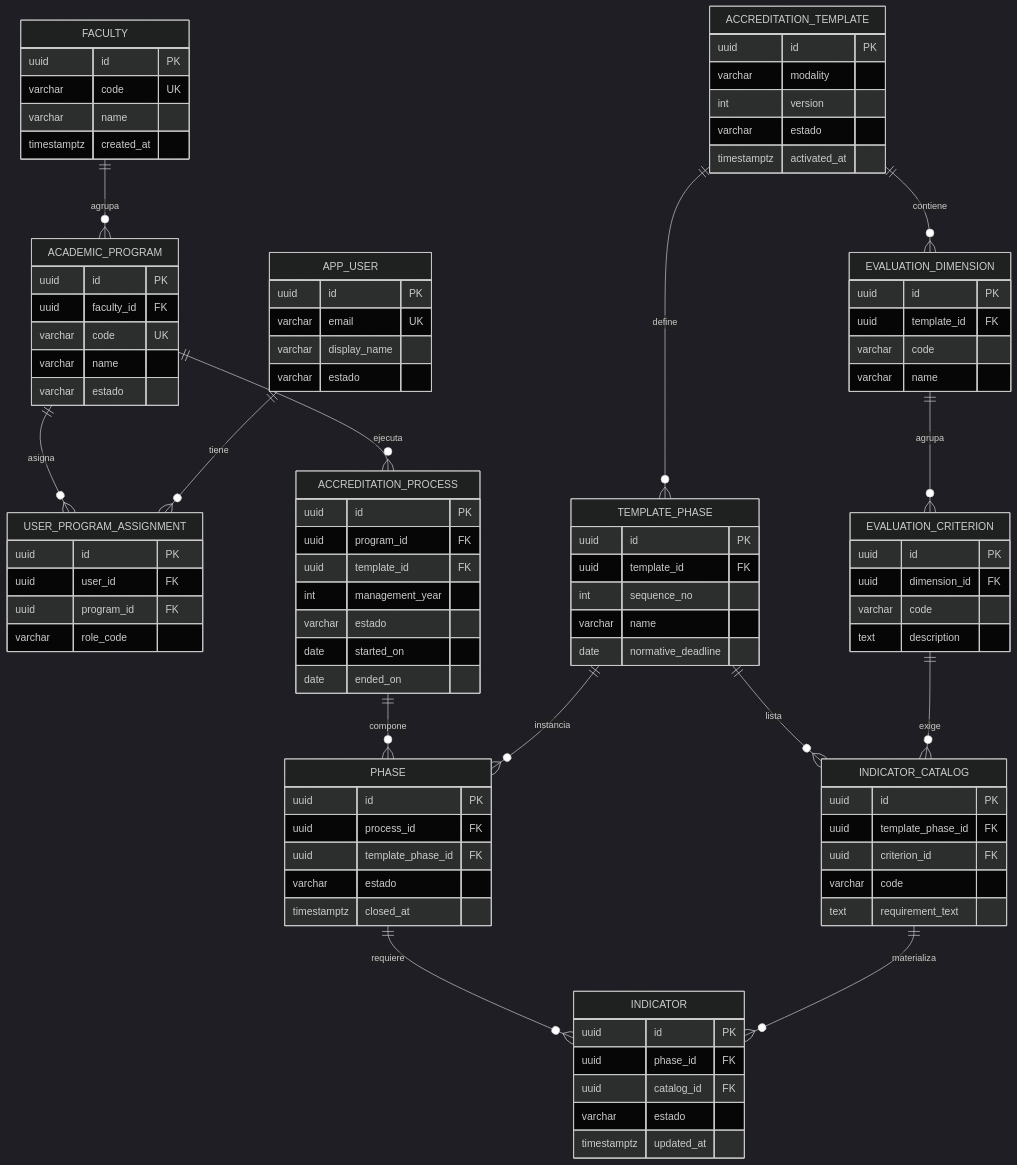
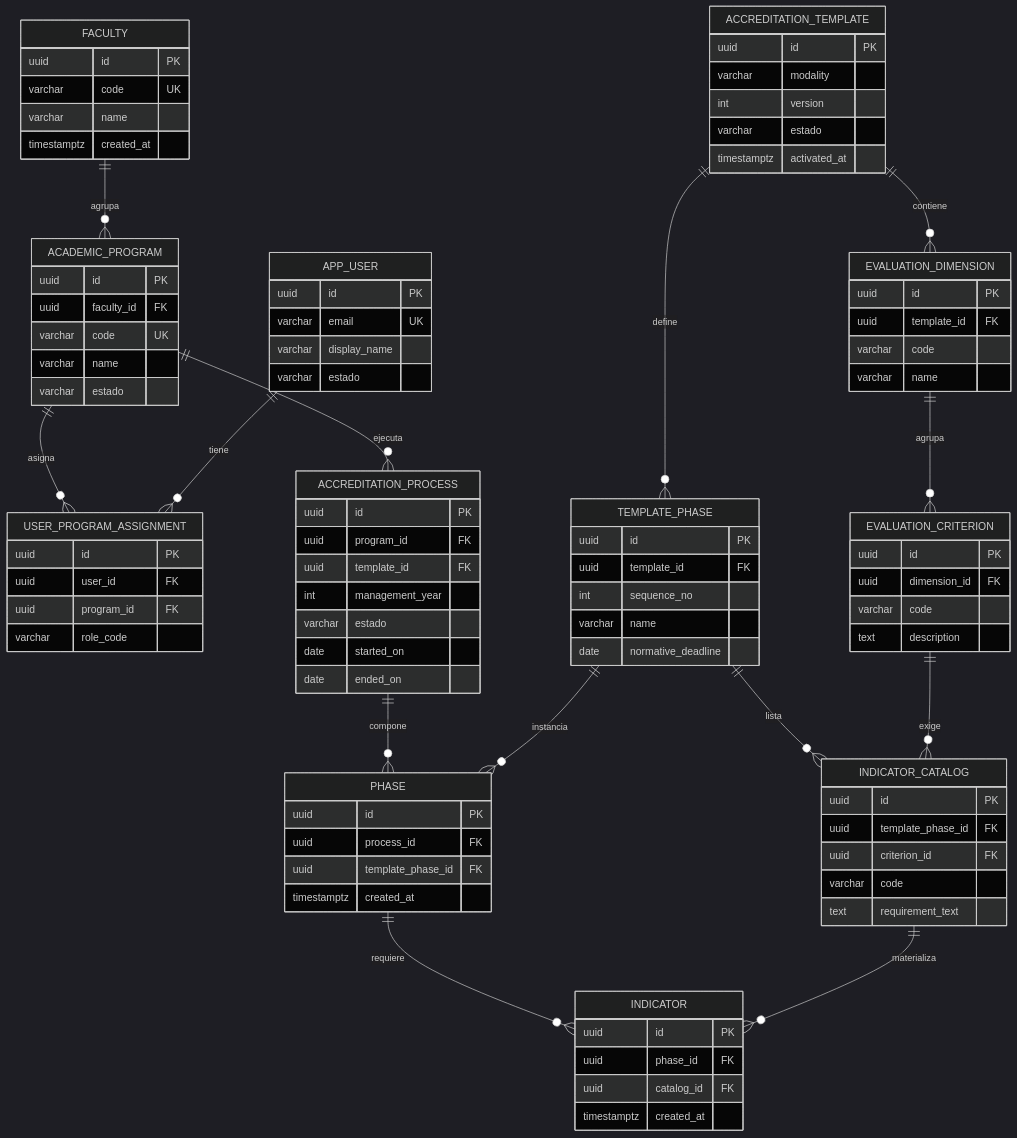
The first of 3 diagrams in docs/05_dti/modelo_datos.md (AcredIA-UMSS/sigesa-docs), drawn with Mermaid (dark theme) before and after one commit. The commit also changed other lines of this file and 40 other files, not shown here.

First line of the commit message:
docs(dti): align SIGESA cloud architecture v1

```diff
--- a/docs/05_dti/modelo_datos.md
+++ b/docs/05_dti/modelo_datos.md
@@ -163,15 +164,13 @@
     uuid id PK
     uuid process_id FK
     uuid template_phase_id FK
-    varchar estado
-    timestamptz closed_at
+    timestamptz created_at
   }
   INDICATOR {
     uuid id PK
     uuid phase_id FK
     uuid catalog_id FK
-    varchar estado
-    timestamptz updated_at
+    timestamptz created_at
   }
 
   FACULTY ||--o{ ACADEMIC_PROGRAM : agrupa
```
